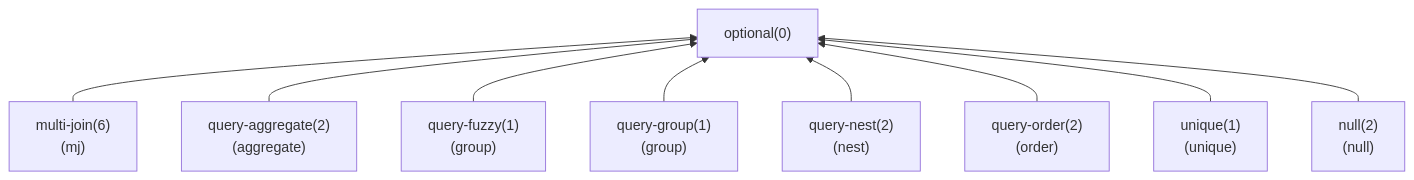
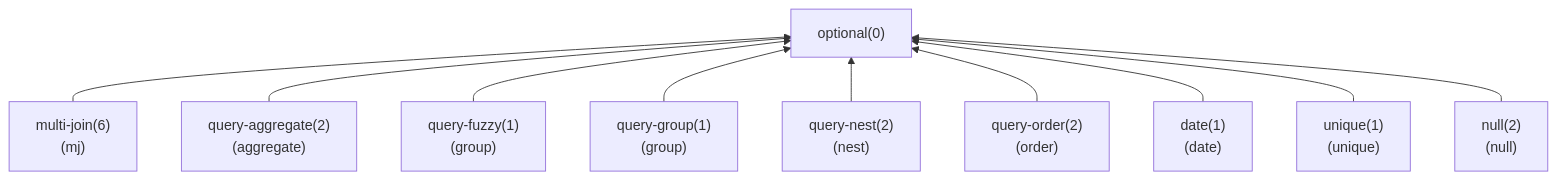
One commit to thu-db/dbs-tutorial changed the second of 2 diagrams in docs/ci.md. Above: the diagram before and after it, drawn with Mermaid. The commit also changed 1 other file, not shown here.

Commit message:
Add CI date part

````diff
--- a/docs/ci.md
+++ b/docs/ci.md
@@ -86,20 +86,22 @@
 ```mermaid
 flowchart BT
     optional["optional(0)"]
     multi-join["multi-join(6)\n(mj)"]
     query-aggregate["query-aggregate(2)\n(aggregate)"]
     query-fuzzy["query-fuzzy(1)\n(group)"]
     query-group["query-group(1)\n(group)"]
     query-nest["query-nest(2)\n(nest)"]
     query-order["query-order(2)\n(order)"]
+    date["date(1)\n(date)"]
     unique["unique(1)\n(unique)"]
     null["null(2)\n(null)"]
     multi-join --> optional
     query-aggregate --> optional
     query-fuzzy --> optional
     query-group --> optional
     query-nest --> optional
     query-order --> optional
+    date --> optional
     unique --> optional
     null --> optional
 ```
````
